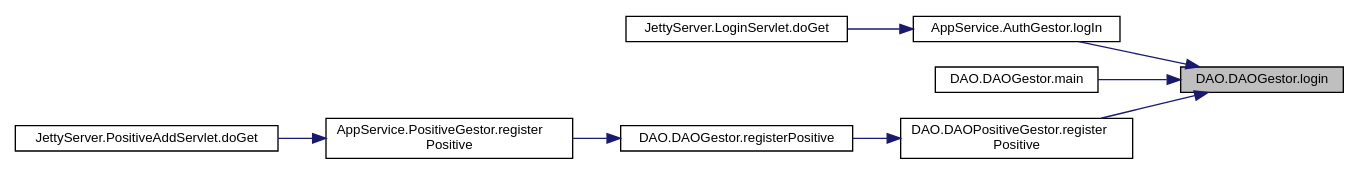
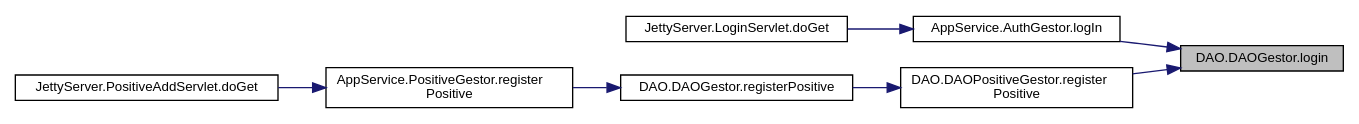
One commit to enekoatxa/RadarCovid changed the diagram in docs/class_d_a_o_1_1_d_a_o_gestor_ab819ad89aafa47a3cdb8c5db56962895_icgraph.dot. Above: the diagram before and after it, drawn with Graphviz. The commit also changed 281 other files, not shown here.

```diff
--- a/docs/class_d_a_o_1_1_d_a_o_gestor_ab819ad89aafa47a3cdb8c5db56962895_icgraph.dot
+++ b/docs/class_d_a_o_1_1_d_a_o_gestor_ab819ad89aafa47a3cdb8c5db56962895_icgraph.dot
@@ -1,22 +1,20 @@
 digraph "DAO.DAOGestor.login"
 {
  // LATEX_PDF_SIZE
   edge [fontname="Helvetica",fontsize="10",labelfontname="Helvetica",labelfontsize="10"];
   node [fontname="Helvetica",fontsize="10",shape=record];
   rankdir="RL";
   Node1 [label="DAO.DAOGestor.login",height=0.2,width=0.4,color="black", fillcolor="grey75", style="filled", fontcolor="black",tooltip=" "];
   Node1 -> Node2 [dir="back",color="midnightblue",fontsize="10",style="solid",fontname="Helvetica"];
   Node2 [label="AppService.AuthGestor.logIn",height=0.2,width=0.4,color="black", fillcolor="white", style="filled",URL="$class_app_service_1_1_auth_gestor.html#aeafd43b974741a663c41ffcbb3accaf9",tooltip=" "];
   Node2 -> Node3 [dir="back",color="midnightblue",fontsize="10",style="solid",fontname="Helvetica"];
   Node3 [label="JettyServer.LoginServlet.doGet",height=0.2,width=0.4,color="black", fillcolor="white", style="filled",URL="$class_jetty_server_1_1_login_servlet.html#a1b41970a65fe867dfe40f80b4ccea338",tooltip=" "];
   Node1 -> Node4 [dir="back",color="midnightblue",fontsize="10",style="solid",fontname="Helvetica"];
-  Node4 [label="DAO.DAOGestor.main",height=0.2,width=0.4,color="black", fillcolor="white", style="filled",URL="$class_d_a_o_1_1_d_a_o_gestor.html#a418601ed26da405dd755a8b193aa9d70",tooltip=" "];
-  Node1 -> Node5 [dir="back",color="midnightblue",fontsize="10",style="solid",fontname="Helvetica"];
-  Node5 [label="DAO.DAOPositiveGestor.register\lPositive",height=0.2,width=0.4,color="black", fillcolor="white", style="filled",URL="$class_d_a_o_1_1_d_a_o_positive_gestor.html#a5602d2f32fec0dd9f222402f8b1ad48e",tooltip=" "];
+  Node4 [label="DAO.DAOPositiveGestor.register\lPositive",height=0.2,width=0.4,color="black", fillcolor="white", style="filled",URL="$class_d_a_o_1_1_d_a_o_positive_gestor.html#a5602d2f32fec0dd9f222402f8b1ad48e",tooltip=" "];
+  Node4 -> Node5 [dir="back",color="midnightblue",fontsize="10",style="solid",fontname="Helvetica"];
+  Node5 [label="DAO.DAOGestor.registerPositive",height=0.2,width=0.4,color="black", fillcolor="white", style="filled",URL="$class_d_a_o_1_1_d_a_o_gestor.html#a6ea0f06fc24dd013578351ec8e0302fd",tooltip=" "];
   Node5 -> Node6 [dir="back",color="midnightblue",fontsize="10",style="solid",fontname="Helvetica"];
-  Node6 [label="DAO.DAOGestor.registerPositive",height=0.2,width=0.4,color="black", fillcolor="white", style="filled",URL="$class_d_a_o_1_1_d_a_o_gestor.html#a6ea0f06fc24dd013578351ec8e0302fd",tooltip=" "];
+  Node6 [label="AppService.PositiveGestor.register\lPositive",height=0.2,width=0.4,color="black", fillcolor="white", style="filled",URL="$class_app_service_1_1_positive_gestor.html#a06e5a688499ef9d8dd92cb524f846e1e",tooltip=" "];
   Node6 -> Node7 [dir="back",color="midnightblue",fontsize="10",style="solid",fontname="Helvetica"];
-  Node7 [label="AppService.PositiveGestor.register\lPositive",height=0.2,width=0.4,color="black", fillcolor="white", style="filled",URL="$class_app_service_1_1_positive_gestor.html#a06e5a688499ef9d8dd92cb524f846e1e",tooltip=" "];
-  Node7 -> Node8 [dir="back",color="midnightblue",fontsize="10",style="solid",fontname="Helvetica"];
-  Node8 [label="JettyServer.PositiveAddServlet.doGet",height=0.2,width=0.4,color="black", fillcolor="white", style="filled",URL="$class_jetty_server_1_1_positive_add_servlet.html#aa97237f9c84de6958b9bf679d3b0211f",tooltip=" "];
+  Node7 [label="JettyServer.PositiveAddServlet.doGet",height=0.2,width=0.4,color="black", fillcolor="white", style="filled",URL="$class_jetty_server_1_1_positive_add_servlet.html#aa97237f9c84de6958b9bf679d3b0211f",tooltip=" "];
 }
```
